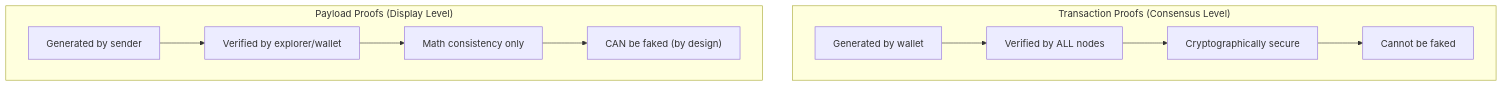
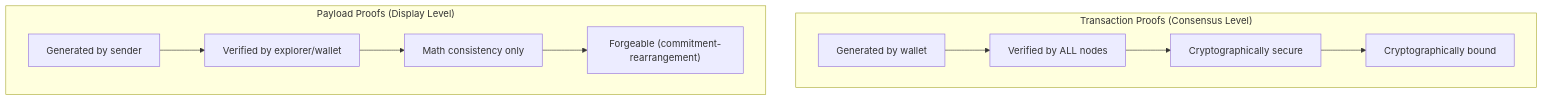
The first of 5 diagrams in derod-main/pages/integrity/payload-vs-transaction-proofs.mdx (DHEBP/dero-docs), drawn with Mermaid before and after one commit. The commit also changed other lines of this file and 8 other files, not shown here.

````diff
--- a/derod-main/pages/integrity/payload-vs-transaction-proofs.mdx
+++ b/derod-main/pages/integrity/payload-vs-transaction-proofs.mdx
@@ -24,16 +24,16 @@
 ```mermaid
 flowchart TD
     subgraph "Transaction Proofs (Consensus Level)"
         TP["Generated by wallet"]
         TP --> TV["Verified by ALL nodes"]
         TV --> TC["Cryptographically secure"]
-        TC --> TA["Cannot be faked"]
+        TC --> TA["Cryptographically bound"]
     end
     
     subgraph "Payload Proofs (Display Level)"
         PP["Generated by sender"]
         PP --> PV["Verified by explorer/wallet"]
         PV --> PC["Math consistency only"]
-        PC --> PA["CAN be faked (by design)"]
+        PC --> PA["Forgeable (commitment-rearrangement)"]
     end
 ```
````
